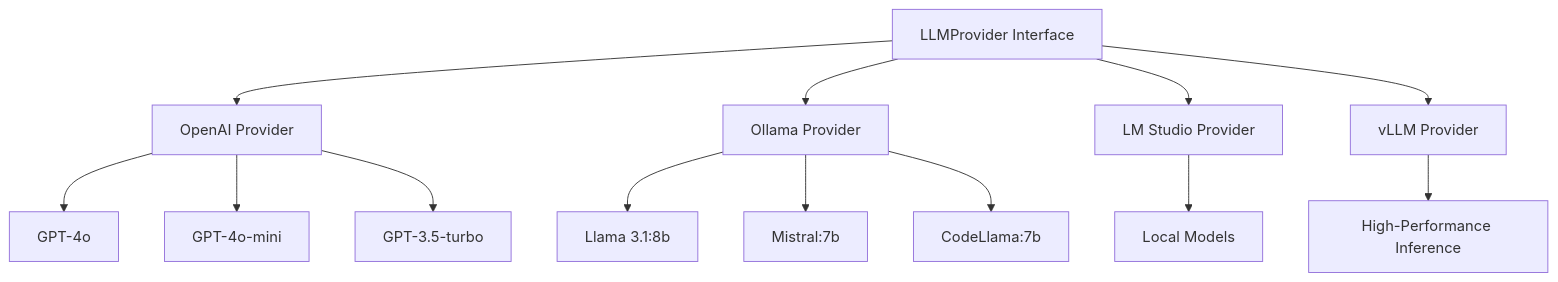
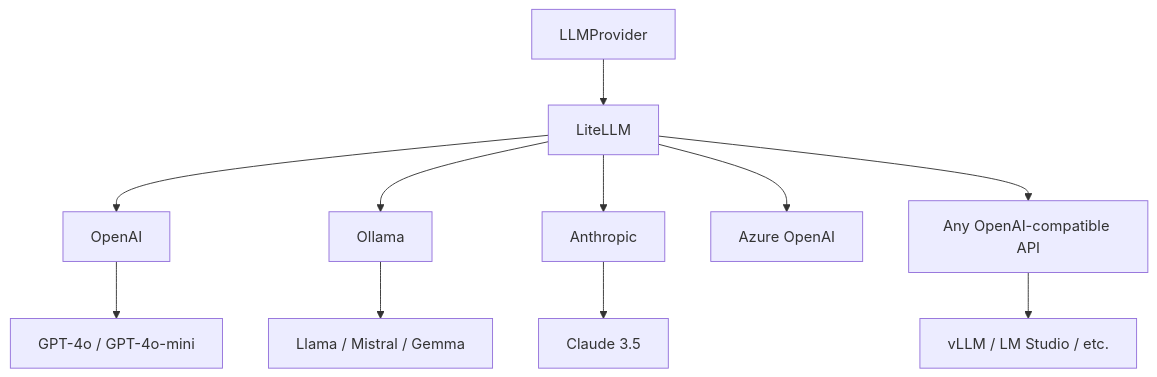
Before and after one commit to javipalanca/spade_llm: the diagram in docs/docs/guides/providers.md, drawn with Mermaid. The commit also changed other lines of this file and 21 other files, not shown here.

Commit message:
Update docs for LiteLLM provider migration

````diff
--- a/docs/docs/guides/providers.md
+++ b/docs/docs/guides/providers.md
@@ -7,18 +9,14 @@
 ```mermaid
 graph TD
-    A[LLMProvider Interface] --> B[OpenAI Provider]
-    A --> C[Ollama Provider]
-    A --> D[LM Studio Provider]
-    A --> E[vLLM Provider]
+    A[LLMProvider] --> B[LiteLLM]
+    B --> C[OpenAI]
+    B --> D[Ollama]
+    B --> E[Anthropic]
+    B --> F[Azure OpenAI]
+    B --> G[Any OpenAI-compatible API]
     
-    B --> F[GPT-4o]
-    B --> G[GPT-4o-mini]
-    B --> H[GPT-3.5-turbo]
-    
-    C --> I[Llama 3.1:8b]
-    C --> J[Mistral:7b]
-    C --> K[CodeLlama:7b]
-    
-    D --> L[Local Models]
-    E --> M[High-Performance Inference]
+    C --> H[GPT-4o / GPT-4o-mini]
+    D --> I[Llama / Mistral / Gemma]
+    E --> J[Claude 3.5]
+    G --> K[vLLM / LM Studio / etc.]
 ```
````
